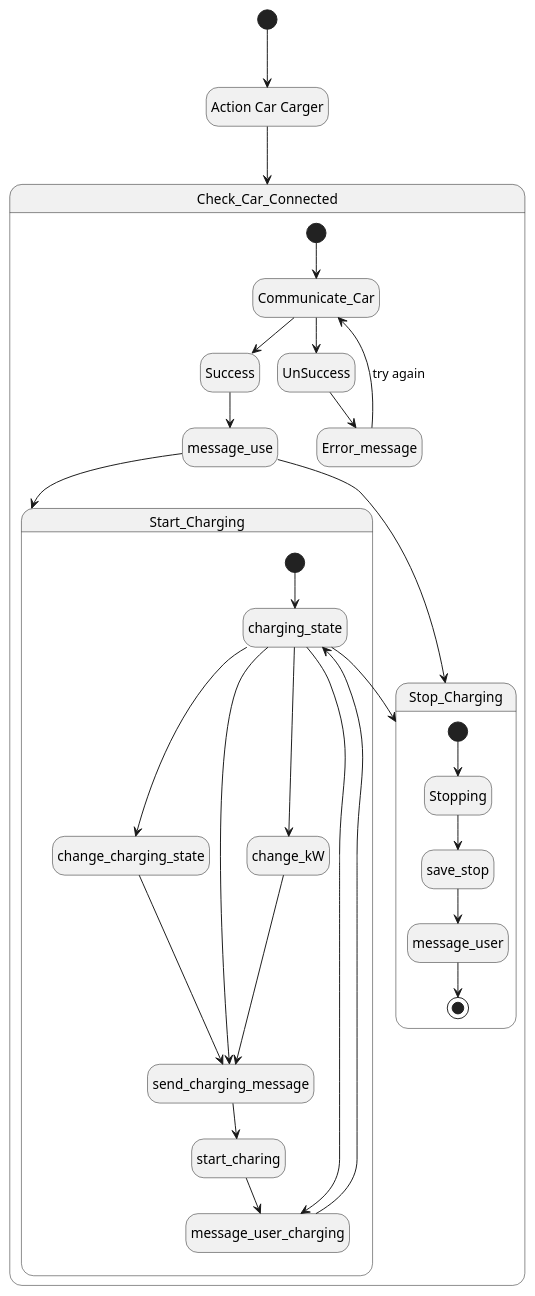
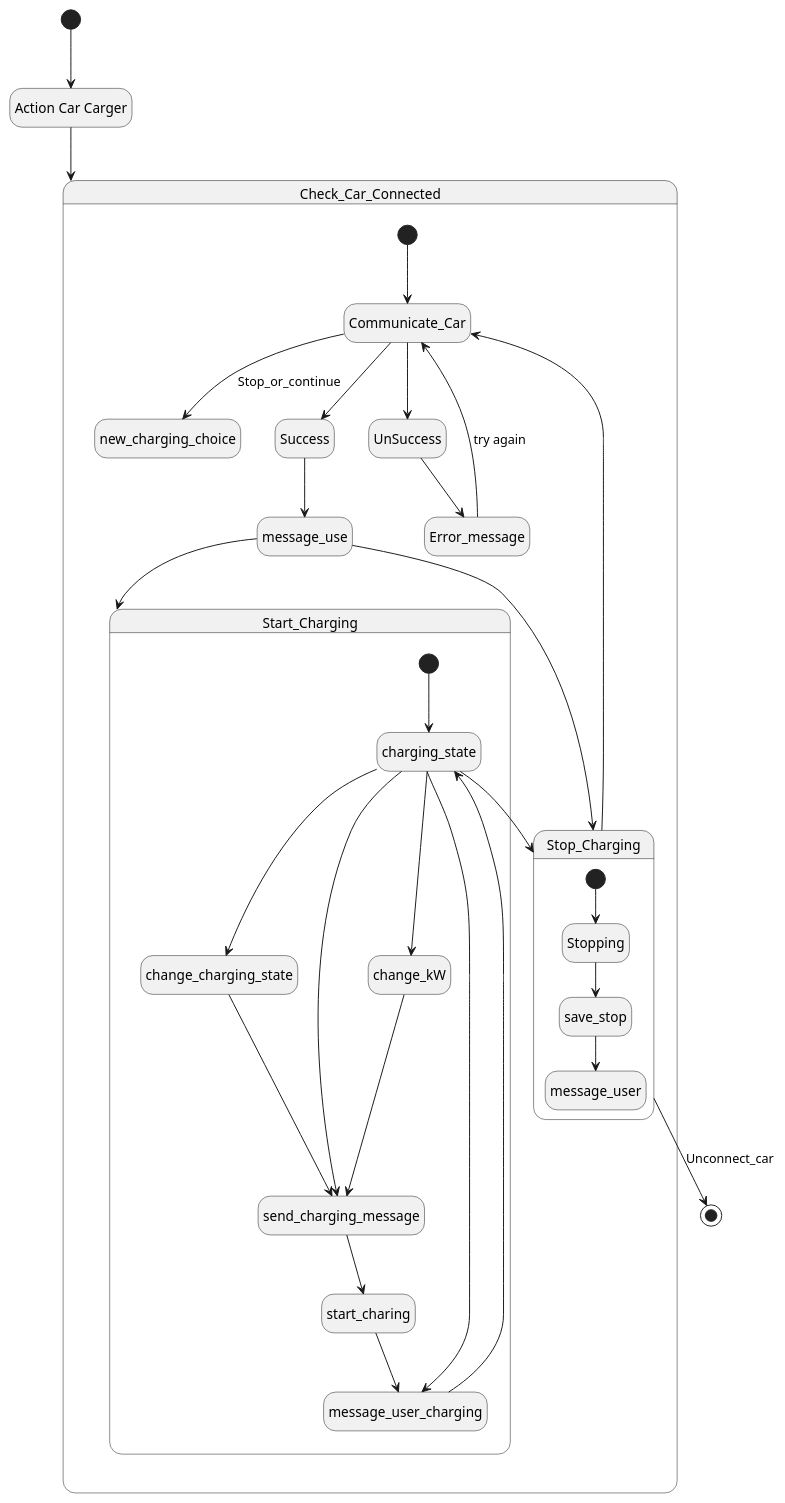
One commit to StefanBStrand/SETGruppe11HIOF changed the diagram in Diagrams/ActionCarCharger.puml. Above: the diagram before and after it, drawn with PlantUML.

Commit message:
Endret tilstander plasseringer i carcharger tilstandsdiagram.

```diff
--- a/Diagrams/ActionCarCharger.puml
+++ b/Diagrams/ActionCarCharger.puml
@@ -1,49 +1,50 @@
 @startuml
 'https://plantuml.com/state-diagram
 
 hide empty description
 
 state "Action Car Carger" as actioncarcharg
 [*] --> actioncarcharg
 
 state Check_Car_Connected {
 [*] --> Communicate_Car
+Communicate_Car --> new_charging_choice : Stop_or_continue
 Communicate_Car --> Success
 Communicate_Car --> UnSuccess
 UnSuccess --> Error_message
 Error_message --> Communicate_Car : try again
 Success --> message_use
 message_use --> Start_Charging
 message_use --> Stop_Charging
 }
-
-
 
 state Start_Charging {
 [*] --> charging_state
 charging_state --> change_charging_state
 change_charging_state --> send_charging_message
 charging_state --> send_charging_message
 charging_state --> change_kW
 change_kW --> send_charging_message
 send_charging_message --> start_charing
 start_charing --> message_user_charging
 message_user_charging --> charging_state
 charging_state --> message_user_charging
 }
 
 state Stop_Charging {
 [*] --> Stopping
 
 Stopping --> save_stop
 save_stop --> message_user
-message_user --> [*]
 }
+
+Stop_Charging --> [*] : Unconnect_car
+Stop_Charging --> Communicate_Car
 
 charging_state --> Stop_Charging
 
 actioncarcharg --> Check_Car_Connected
 
 
 
 @enduml
```
